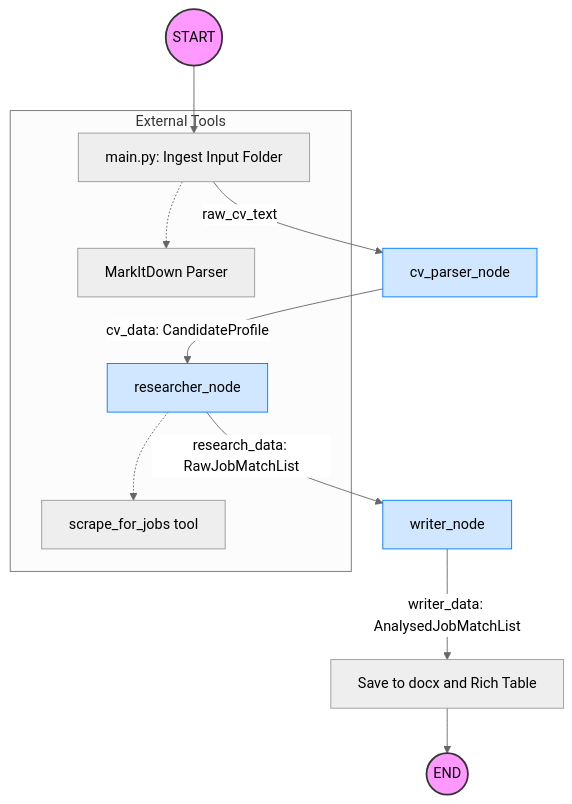
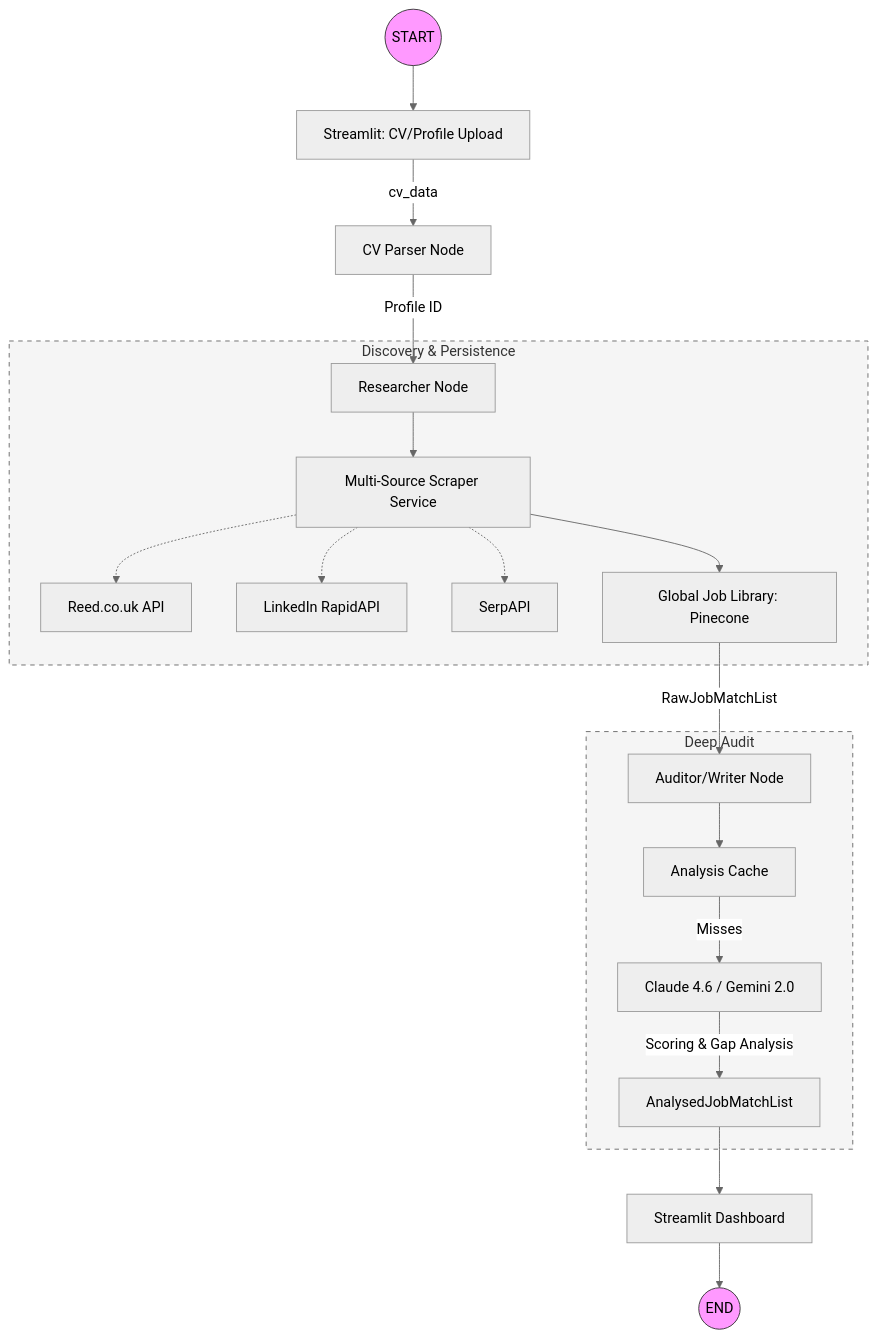
The diagram in README.md (Ruyzambrano/agentic-job-search), drawn with Mermaid (neutral theme) before and after one commit. The commit also changed other lines of this file and 20 other files, not shown here.

````diff
--- a/README.md
+++ b/README.md
@@ -11,21 +11,30 @@
 ```mermaid
 graph TD
-    Start((START)) --> Ingest[main.py: Ingest Input Folder]
-    Ingest -->|raw_cv_text| Parser[cv_parser_node]
-    Parser -->|cv_data: CandidateProfile| Researcher[researcher_node]
-    Researcher -->|research_data: RawJobMatchList| Writer[writer_node]
-    Writer -->|writer_data: AnalysedJobMatchList| Output[Save to docx and Rich Table]
-    Output --> End((END))
-
-    subgraph External_Tools [External Tools]
-        Researcher -.-> SerpAPI[scrape_for_jobs tool]
-        Ingest -.-> MID[MarkItDown Parser]
+    Start((START)) --> Ingest[Streamlit: CV/Profile Upload]
+    Ingest -->|cv_data| Parser[CV Parser Node]
+    Parser -->|Profile ID| Researcher[Researcher Node]
+    
+    subgraph Discovery_Phase [Discovery & Persistence]
+        Researcher --> Scraper[Multi-Source Scraper Service]
+        Scraper -.-> Reed[Reed.co.uk API]
+        Scraper -.-> LinkedIn[LinkedIn RapidAPI]
+        Scraper -.-> Google[SerpAPI]
+        Scraper --> Sync[Global Job Library: Pinecone]
     end
 
-    style Start fill:#f9f,stroke:#333,stroke-width:2px
-    style End fill:#f9f,stroke:#333,stroke-width:2px
-    style Parser fill:#d1e7ff,stroke:#007bff
-    style Researcher fill:#d1e7ff,stroke:#007bff
-    style Writer fill:#d1e7ff,stroke:#007bff
+    Sync -->|RawJobMatchList| Auditor[Auditor/Writer Node]
+    
+    subgraph Analysis_Phase [Deep Audit]
+        Auditor --> Cache[Analysis Cache]
+        Cache -->|Misses| LLM[Claude 4.6 / Gemini 2.0]
+        LLM -->|Scoring & Gap Analysis| Results[AnalysedJobMatchList]
+    end
 
+    Results --> UI[Streamlit Dashboard]
+    UI --> End((END))
+
+    style Start fill:#f9f,stroke:#333
+    style End fill:#f9f,stroke:#333
+    style Discovery_Phase fill:#f5f5f5,stroke:#666,stroke-dasharray: 5 5
+    style Analysis_Phase fill:#f5f5f5,stroke:#666,stroke-dasharray: 5 5
 ```
````
